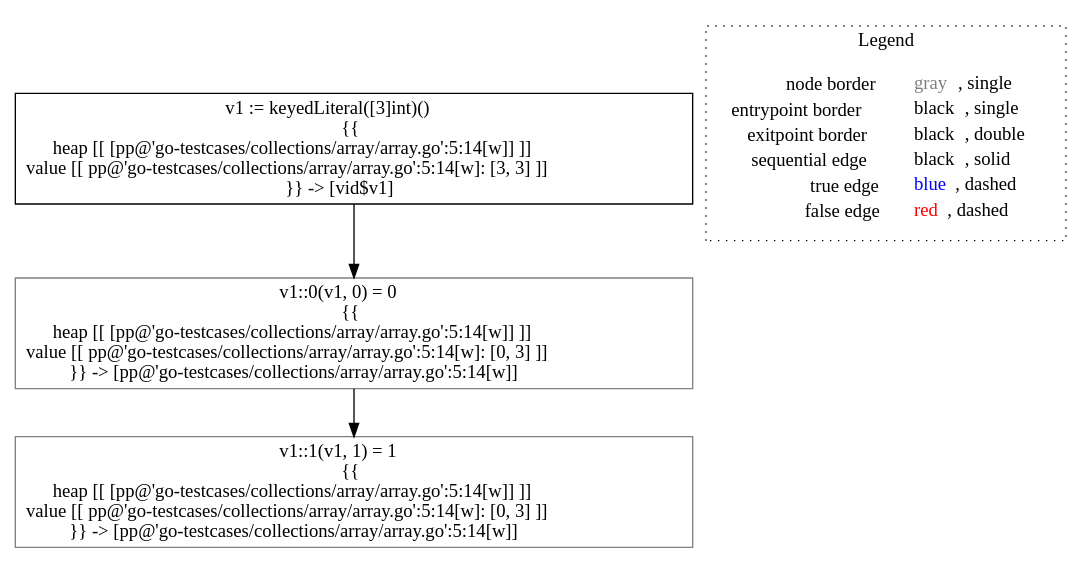
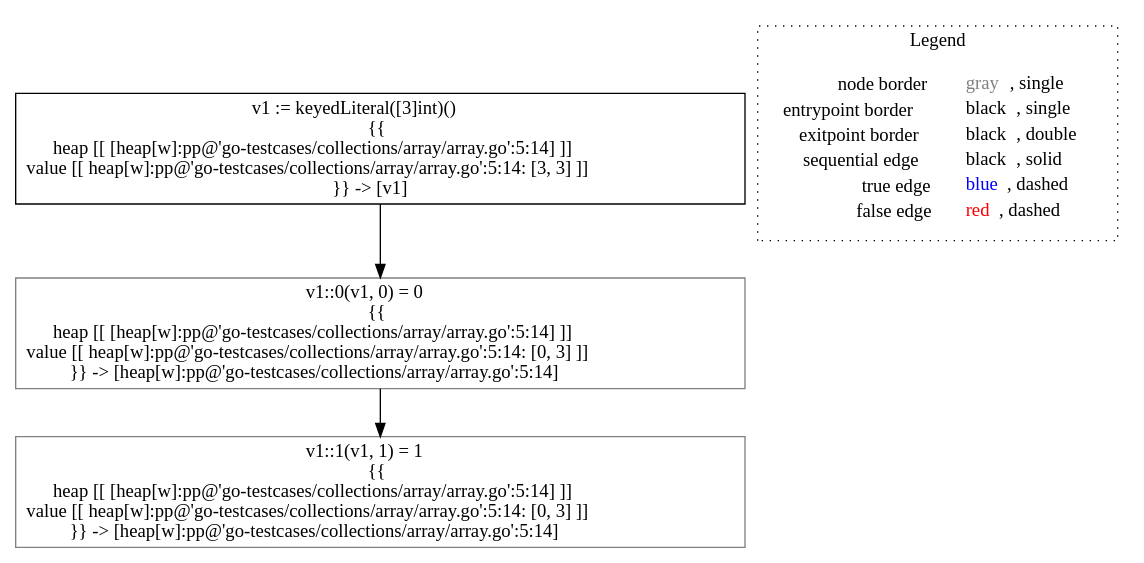
One commit to lisa-analyzer/go-lisa changed the diagram in go-lisa/go-testcases/collections/array/analysis___untyped_~LiSAProgram.emptyAllocs().dot. Above: the diagram before and after it, drawn with Graphviz. The commit also changed 11 other files, not shown here.

```diff
--- a/go-lisa/go-testcases/collections/array/analysis___untyped_~LiSAProgram.emptyAllocs().dot
+++ b/go-lisa/go-testcases/collections/array/analysis___untyped_~LiSAProgram.emptyAllocs().dot
@@ -1,14 +1,14 @@
 digraph {
-	"node0" [shape="rect",color="black",label=<v1 := keyedLiteral([3]int)()<BR/>{{<BR/>heap [[ [pp@'go-testcases/collections/array/array.go':5:14[w]] ]]<BR/>value [[ pp@'go-testcases/collections/array/array.go':5:14[w]: [3, 3] ]]<BR/>}} -&gt; [vid$v1]>];
-	"node1" [shape="rect",color="gray",label=<v1::1(v1, 1) = 1<BR/>{{<BR/>heap [[ [pp@'go-testcases/collections/array/array.go':5:14[w]] ]]<BR/>value [[ pp@'go-testcases/collections/array/array.go':5:14[w]: [0, 3] ]]<BR/>}} -&gt; [pp@'go-testcases/collections/array/array.go':5:14[w]]>];
-	"node2" [shape="rect",color="gray",label=<v1::0(v1, 0) = 0<BR/>{{<BR/>heap [[ [pp@'go-testcases/collections/array/array.go':5:14[w]] ]]<BR/>value [[ pp@'go-testcases/collections/array/array.go':5:14[w]: [0, 3] ]]<BR/>}} -&gt; [pp@'go-testcases/collections/array/array.go':5:14[w]]>];
+	"node0" [shape="rect",color="black",label=<v1 := keyedLiteral([3]int)()<BR/>{{<BR/>heap [[ [heap[w]:pp@'go-testcases/collections/array/array.go':5:14] ]]<BR/>value [[ heap[w]:pp@'go-testcases/collections/array/array.go':5:14: [3, 3] ]]<BR/>}} -&gt; [v1]>];
+	"node1" [shape="rect",color="gray",label=<v1::1(v1, 1) = 1<BR/>{{<BR/>heap [[ [heap[w]:pp@'go-testcases/collections/array/array.go':5:14] ]]<BR/>value [[ heap[w]:pp@'go-testcases/collections/array/array.go':5:14: [0, 3] ]]<BR/>}} -&gt; [heap[w]:pp@'go-testcases/collections/array/array.go':5:14]>];
+	"node2" [shape="rect",color="gray",label=<v1::0(v1, 0) = 0<BR/>{{<BR/>heap [[ [heap[w]:pp@'go-testcases/collections/array/array.go':5:14] ]]<BR/>value [[ heap[w]:pp@'go-testcases/collections/array/array.go':5:14: [0, 3] ]]<BR/>}} -&gt; [heap[w]:pp@'go-testcases/collections/array/array.go':5:14]>];
+	"node0" -> "node2" [color="black"];
 	"node2" -> "node1" [color="black"];
-	"node0" -> "node2" [color="black"];
 subgraph cluster_legend {
 	label="Legend";
 	style=dotted;
 	node [shape=plaintext];
 	"legend" [label=<<table border="0" cellpadding="2" cellspacing="0" cellborder="0"><tr><td align="right">node border&nbsp;</td><td align="left"><font color="gray">gray</font>, single</td></tr><tr><td align="right">entrypoint border&nbsp;</td><td align="left"><font color="black">black</font>, single</td></tr><tr><td align="right">exitpoint border&nbsp;</td><td align="left"><font color="black">black</font>, double</td></tr><tr><td align="right">sequential edge&nbsp;</td><td align="left"><font color="black">black</font>, solid</td></tr><tr><td align="right">true edge&nbsp;</td><td align="left"><font color="blue">blue</font>, dashed</td></tr><tr><td align="right">false edge&nbsp;</td><td align="left"><font color="red">red</font>, dashed</td></tr></table>>];
 }
 
 }
```
